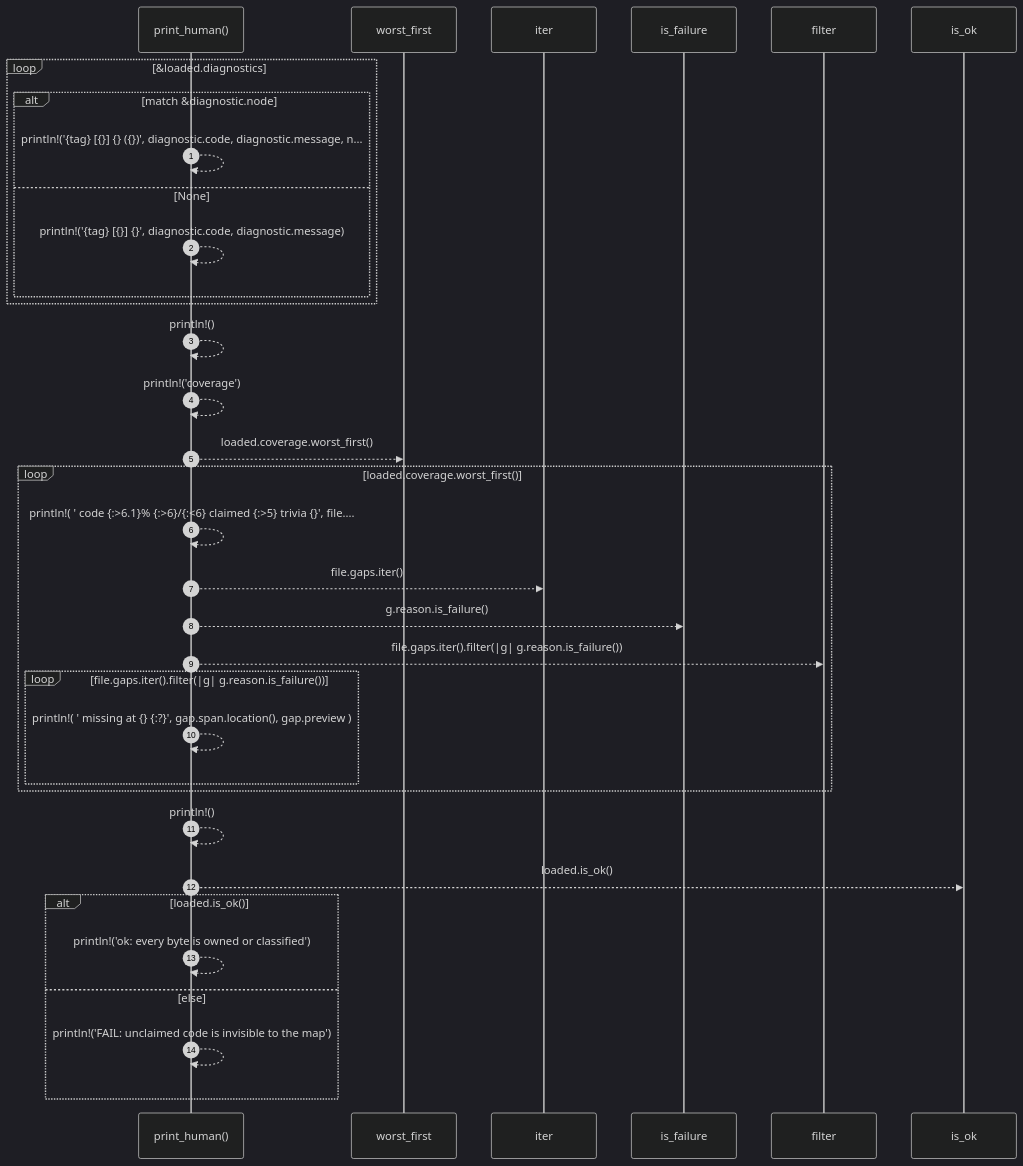
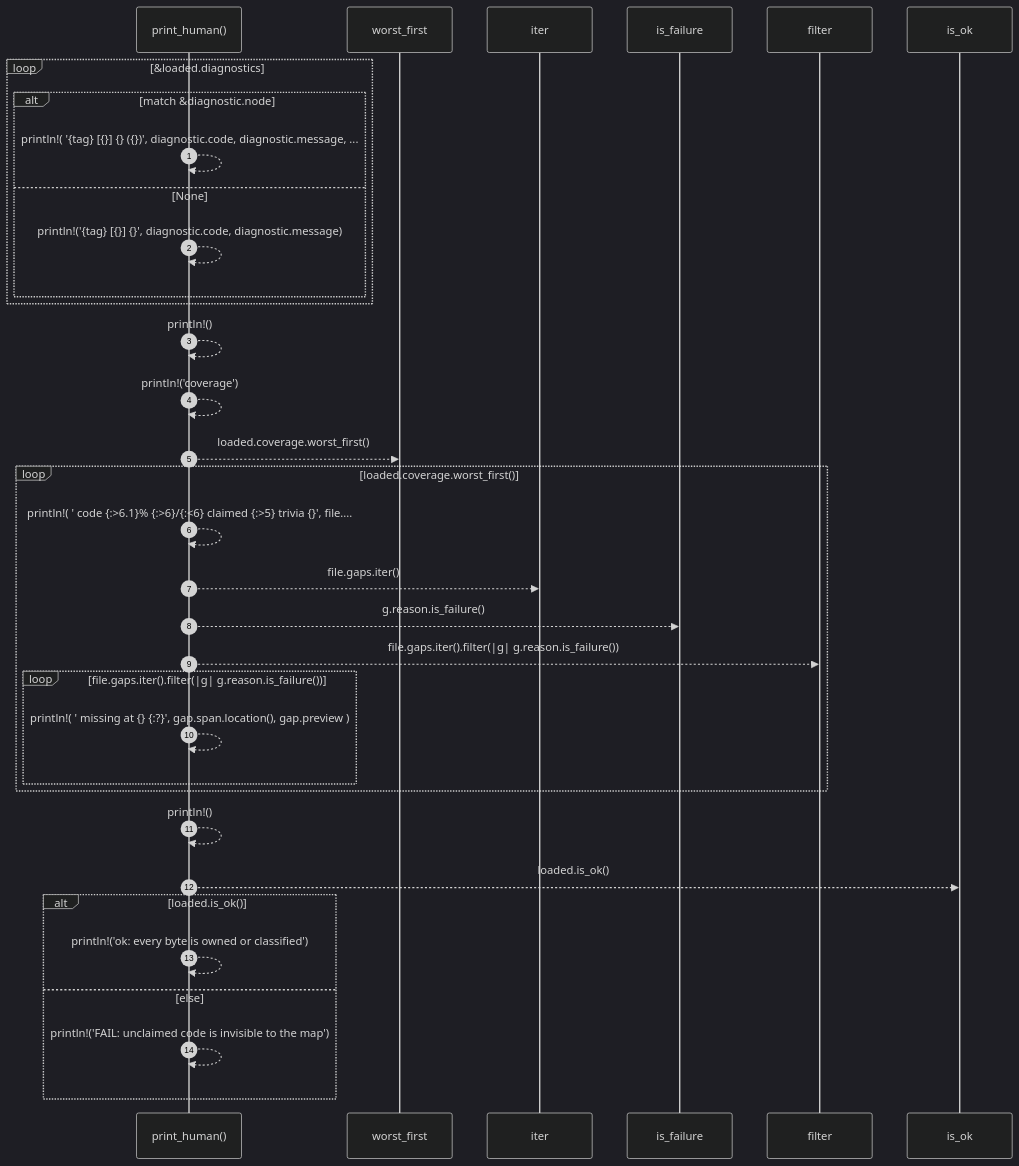
One commit to RyanGuild/self-describing-code changed the diagram in docs/self-model/robby_cli/print-human.md. Above: the diagram before and after it, drawn with Mermaid (dark theme). The commit also changed other lines of this file and 747 other files, not shown here.

````diff
--- a/docs/self-model/robby_cli/print-human.md
+++ b/docs/self-model/robby_cli/print-human.md
@@ -55,36 +58,36 @@
 ```mermaid
 sequenceDiagram
     autonumber
     participant print_human as print_human()
     participant worst_first as worst_first
     participant iter as iter
     participant is_failure as is_failure
     participant filter as filter
     participant is_ok as is_ok
     loop &loaded.diagnostics
     alt match &diagnostic.node
-    print_human-->>print_human: println!('{tag} [{}] {} ({})', diagnostic.code, diagnostic.message, n...
+    print_human-->>print_human: println!( '{tag} [{}] {} ({})', diagnostic.code, diagnostic.message, ...
     else None
     print_human-->>print_human: println!('{tag} [{}] {}', diagnostic.code, diagnostic.message)
     end
     end
     print_human-->>print_human: println!()
     print_human-->>print_human: println!('coverage')
     print_human-->>worst_first: loaded.coverage.worst_first()
     loop loaded.coverage.worst_first()
     print_human-->>print_human: println!( ' code {:>6.1}% {:>6}/{:<6} claimed {:>5} trivia {}', file....
     print_human-->>iter: file.gaps.iter()
     print_human-->>is_failure: g.reason.is_failure()
     print_human-->>filter: file.gaps.iter().filter(|g| g.reason.is_failure())
     loop file.gaps.iter().filter(|g| g.reason.is_failure())
     print_human-->>print_human: println!( ' missing at {} {:?}', gap.span.location(), gap.preview )
     end
     end
     print_human-->>print_human: println!()
     print_human-->>is_ok: loaded.is_ok()
     alt loaded.is_ok()
     print_human-->>print_human: println!('ok: every byte is owned or classified')
     else else
     print_human-->>print_human: println!('FAIL: unclaimed code is invisible to the map')
     end
 ```
````
